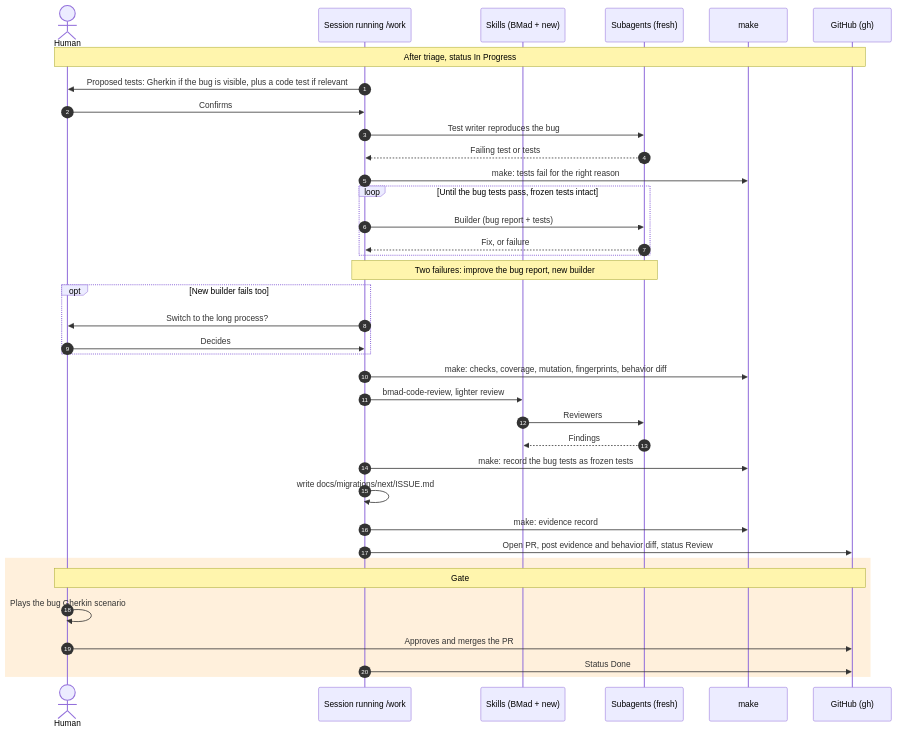
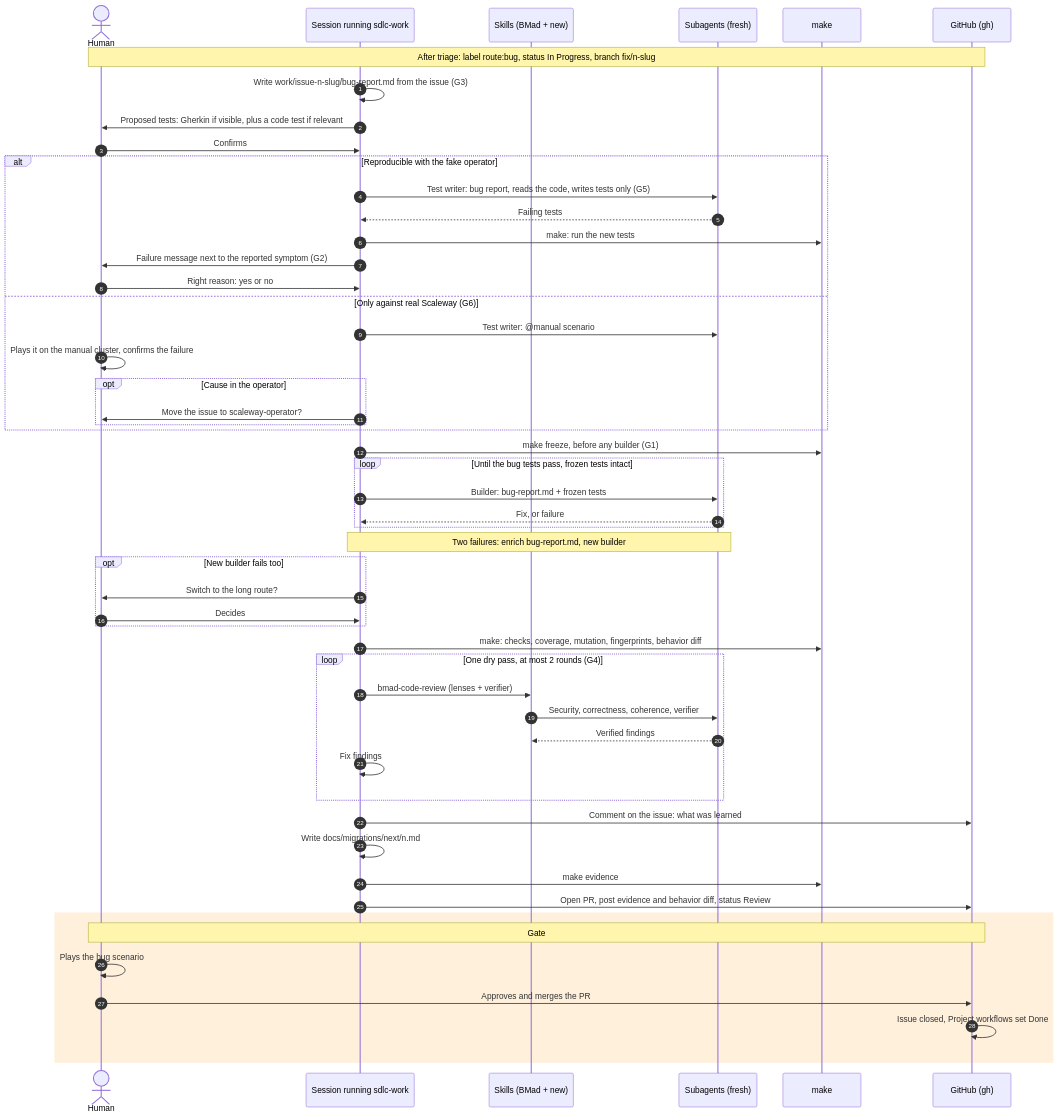
The diagram in _bmad-output/brainstorming/brainstorm-sdlc-local-workflow-2026-10-16/sequence-bug-process.md (mathieubodin/scaleway-manager), drawn with Mermaid before and after one commit. The commit also changed other lines of this file and 7 other files, not shown here.

First line of the commit message:
docs(process): move corrected sequence diagrams into the brainstorm

````diff
--- a/_bmad-output/brainstorming/brainstorm-sdlc-local-workflow-2026-10-16/sequence-bug-process.md
+++ b/_bmad-output/brainstorming/brainstorm-sdlc-local-workflow-2026-10-16/sequence-bug-process.md
@@ -12,41 +14,56 @@
 ```mermaid
 sequenceDiagram
     autonumber
     actor H as Human
-    participant W as Session running /work
+    participant W as Session running sdlc-work
     participant K as Skills (BMad + new)
     participant A as Subagents (fresh)
     participant T as make
     participant G as GitHub (gh)
 
-    Note over H,G: After triage, status In Progress
-    W->>H: Proposed tests: Gherkin if the bug is visible, plus a code test if relevant
+    Note over H,G: After triage: label route:bug, status In Progress, branch fix/n-slug
+    W->>W: Write work/issue-n-slug/bug-report.md from the issue (G3)
+    W->>H: Proposed tests: Gherkin if visible, plus a code test if relevant
     H->>W: Confirms
-    W->>A: Test writer reproduces the bug
-    A-->>W: Failing test or tests
-    W->>T: make: tests fail for the right reason
+    alt Reproducible with the fake operator
+        W->>A: Test writer: bug report, reads the code, writes tests only (G5)
+        A-->>W: Failing tests
+        W->>T: make: run the new tests
+        W->>H: Failure message next to the reported symptom (G2)
+        H->>W: Right reason: yes or no
+    else Only against real Scaleway (G6)
+        W->>A: Test writer: @manual scenario
+        H->>H: Plays it on the manual cluster, confirms the failure
+        opt Cause in the operator
+            W->>H: Move the issue to scaleway-operator?
+        end
+    end
+    W->>T: make freeze, before any builder (G1)
     loop Until the bug tests pass, frozen tests intact
-        W->>A: Builder (bug report + tests)
+        W->>A: Builder: bug-report.md + frozen tests
         A-->>W: Fix, or failure
     end
-    Note over W,A: Two failures: improve the bug report, new builder
+    Note over W,A: Two failures: enrich bug-report.md, new builder
     opt New builder fails too
-        W->>H: Switch to the long process?
+        W->>H: Switch to the long route?
         H->>W: Decides
     end
     W->>T: make: checks, coverage, mutation, fingerprints, behavior diff
-    W->>K: bmad-code-review, lighter review
-    K->>A: Reviewers
-    A-->>K: Findings
-    W->>T: make: record the bug tests as frozen tests
-    W->>W: write docs/migrations/next/ISSUE.md
-    W->>T: make: evidence record
+    loop One dry pass, at most 2 rounds (G4)
+        W->>K: bmad-code-review (lenses + verifier)
+        K->>A: Security, correctness, coherence, verifier
+        A-->>K: Verified findings
+        W->>W: Fix findings
+    end
+    W->>G: Comment on the issue: what was learned
+    W->>W: Write docs/migrations/next/n.md
+    W->>T: make evidence
     W->>G: Open PR, post evidence and behavior diff, status Review
 
     rect rgba(255, 180, 80, 0.2)
     Note over H,G: Gate
-    H->>H: Plays the bug Gherkin scenario
+    H->>H: Plays the bug scenario
     H->>G: Approves and merges the PR
-    W->>G: Status Done
+    G->>G: Issue closed, Project workflows set Done
     end
 ```
````
